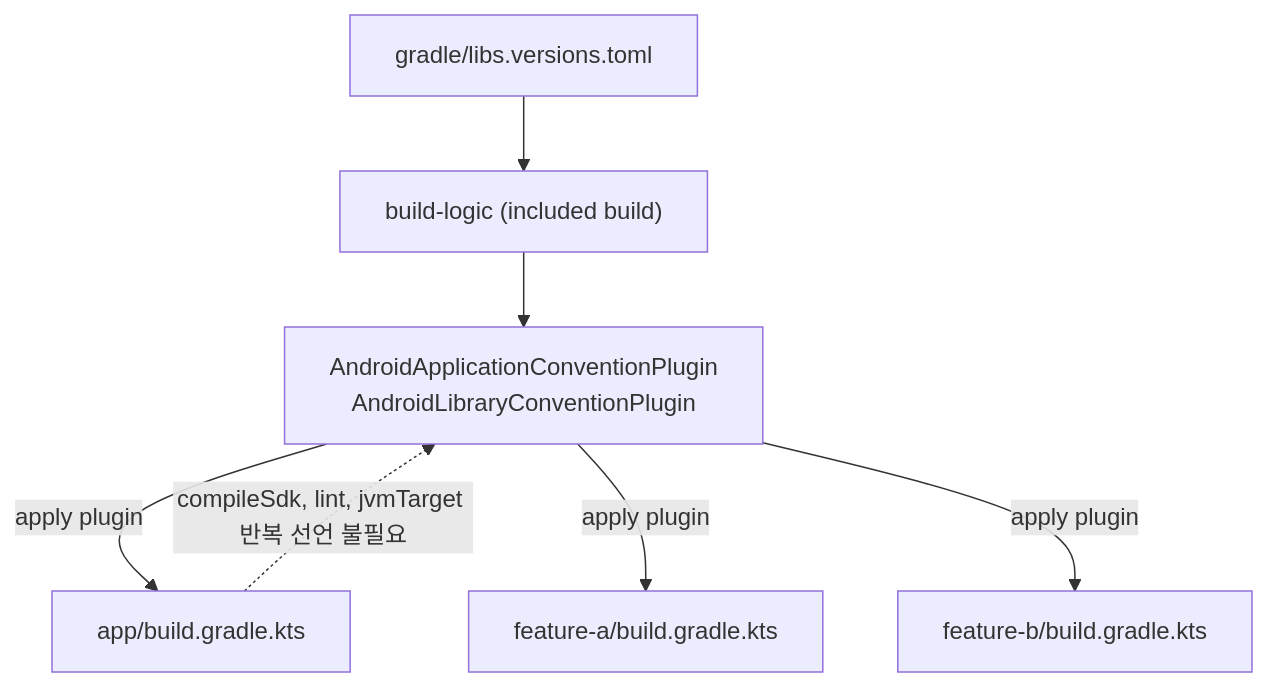
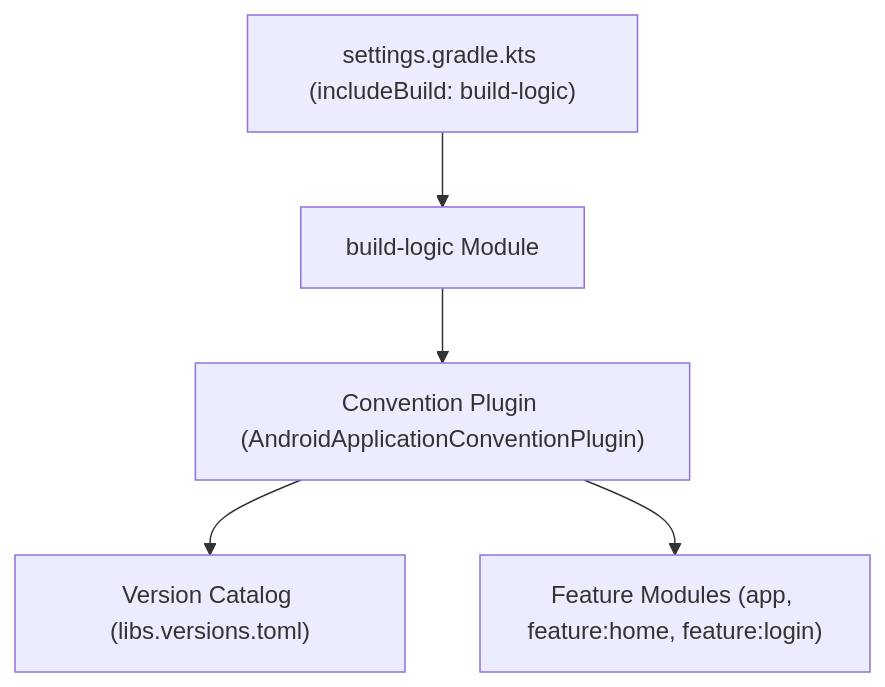
One commit to youngmin-gwon/what-i-studied changed the diagram in 01_inbox/mobile/android/03_packaging_deployment/build/gradle/gradle-build-contracts/convention-plugins-centralize-shared-gradle-configuration-in-build-logic.md. Above: the diagram before and after it, drawn with Mermaid. The commit also changed other lines of this file and 134 other files, not shown here.

````diff
--- a/01_inbox/mobile/android/03_packaging_deployment/build/gradle/gradle-build-contracts/convention-plugins-centralize-shared-gradle-configuration-in-build-logic.md
+++ b/01_inbox/mobile/android/03_packaging_deployment/build/gradle/gradle-build-contracts/convention-plugins-centralize-shared-gradle-configuration-in-build-logic.md
@@ -23,11 +25,7 @@
 ```mermaid
 flowchart TD
-    Catalog["gradle/libs.versions.toml"] --> BuildLogic["build-logic (included build)"]
-    BuildLogic --> ConventionPlugin["AndroidApplicationConventionPlugin\nAndroidLibraryConventionPlugin"]
-
-    ConventionPlugin -->|apply plugin| AppModule["app/build.gradle.kts"]
-    ConventionPlugin -->|apply plugin| FeatureModule1["feature-a/build.gradle.kts"]
-    ConventionPlugin -->|apply plugin| FeatureModule2["feature-b/build.gradle.kts"]
-
-    AppModule -.->|compileSdk, lint, jvmTarget 반복 선언 불필요| ConventionPlugin
+    Settings["settings.gradle.kts (includeBuild: build-logic)"] --> BuildLogic["build-logic Module"]
+    BuildLogic --> ConvPlugin["Convention Plugin (AndroidApplicationConventionPlugin)"]
+    ConvPlugin --> VersionCatalog["Version Catalog (libs.versions.toml)"]
+    ConvPlugin --> FeatureModule["Feature Modules (app, feature:home, feature:login)"]
 ```
````
